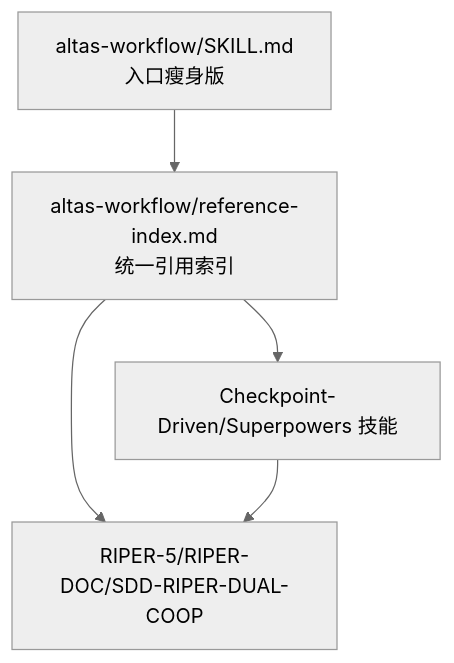
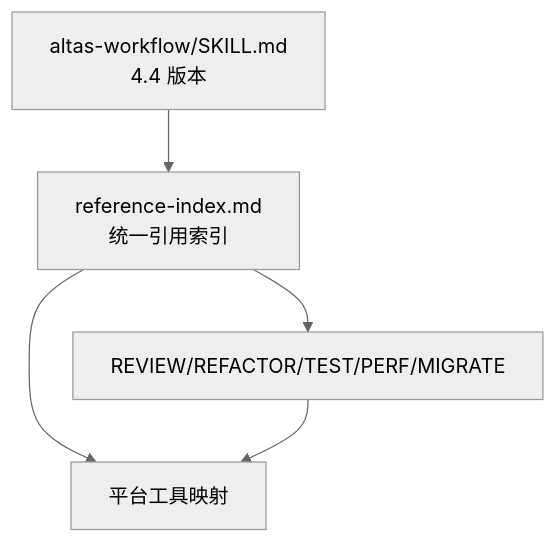
The eighth of 8 diagrams in .qoder/repowiki/zh/content/核心协议/核心协议.md (AngelWings1997/altas), drawn with Mermaid (neutral theme) before and after one commit. The commit also changed other lines of this file and 7 other files, not shown here.

````diff
--- a/.qoder/repowiki/zh/content/核心协议/核心协议.md
+++ b/.qoder/repowiki/zh/content/核心协议/核心协议.md
@@ -279,11 +329,11 @@
 ```mermaid
 graph TB
-主协议["altas-workflow/SKILL.md<br/>入口瘦身版"]
-索引["altas-workflow/reference-index.md<br/>统一引用索引"]
-技能["Checkpoint-Driven/Superpowers 技能"]
-子协议["RIPER-5/RIPER-DOC/SDD-RIPER-DUAL-COOP"]
+主协议["altas-workflow/SKILL.md<br/>4.4 版本"]
+索引["reference-index.md<br/>统一引用索引"]
+特殊模式["REVIEW/REFACTOR/TEST/PERF/MIGRATE"]
+工具适配["平台工具映射"]
 主协议 --> 索引
-索引 --> 技能
-索引 --> 子协议
-技能 --> 子协议
+索引 --> 特殊模式
+索引 --> 工具适配
+特殊模式 --> 工具适配
 ```
````
